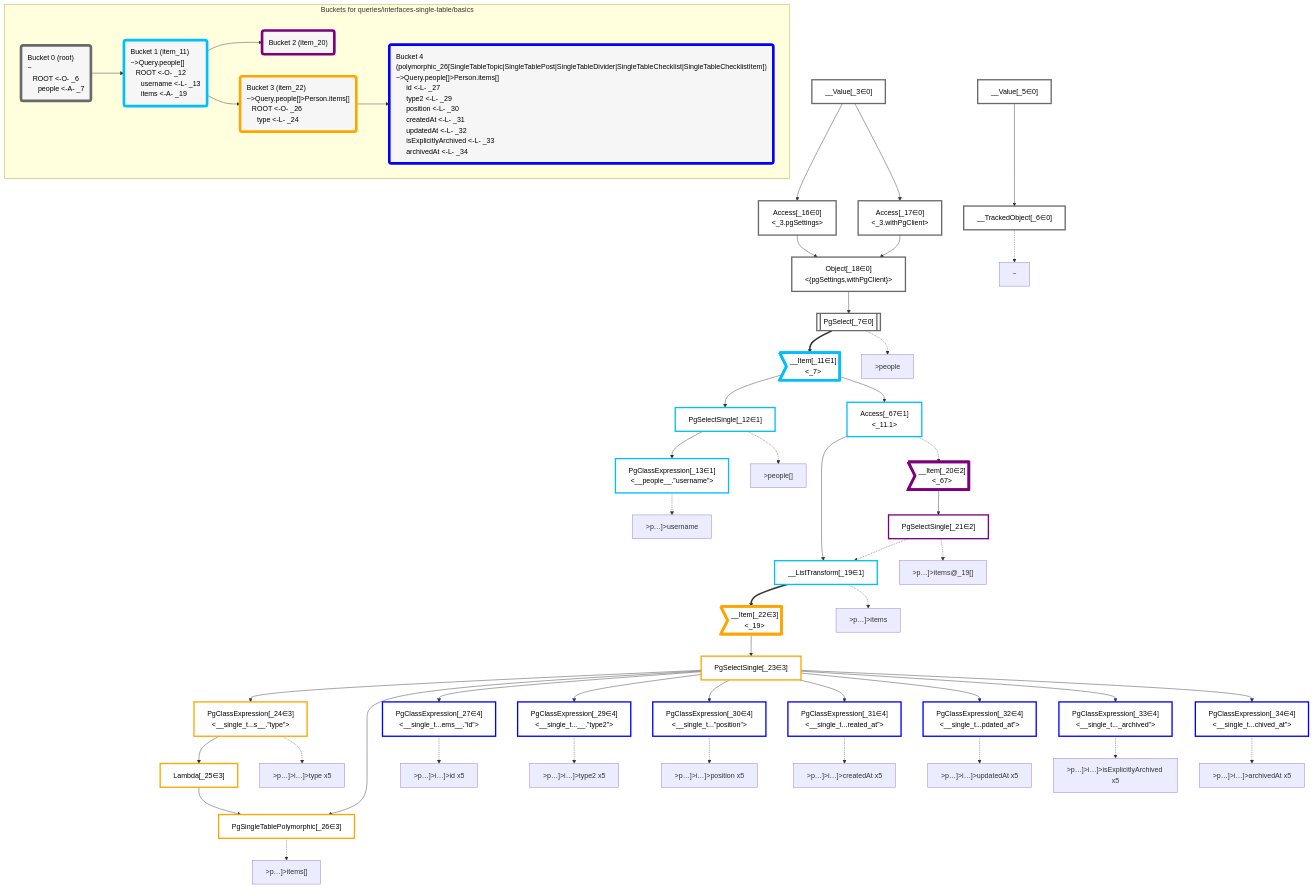
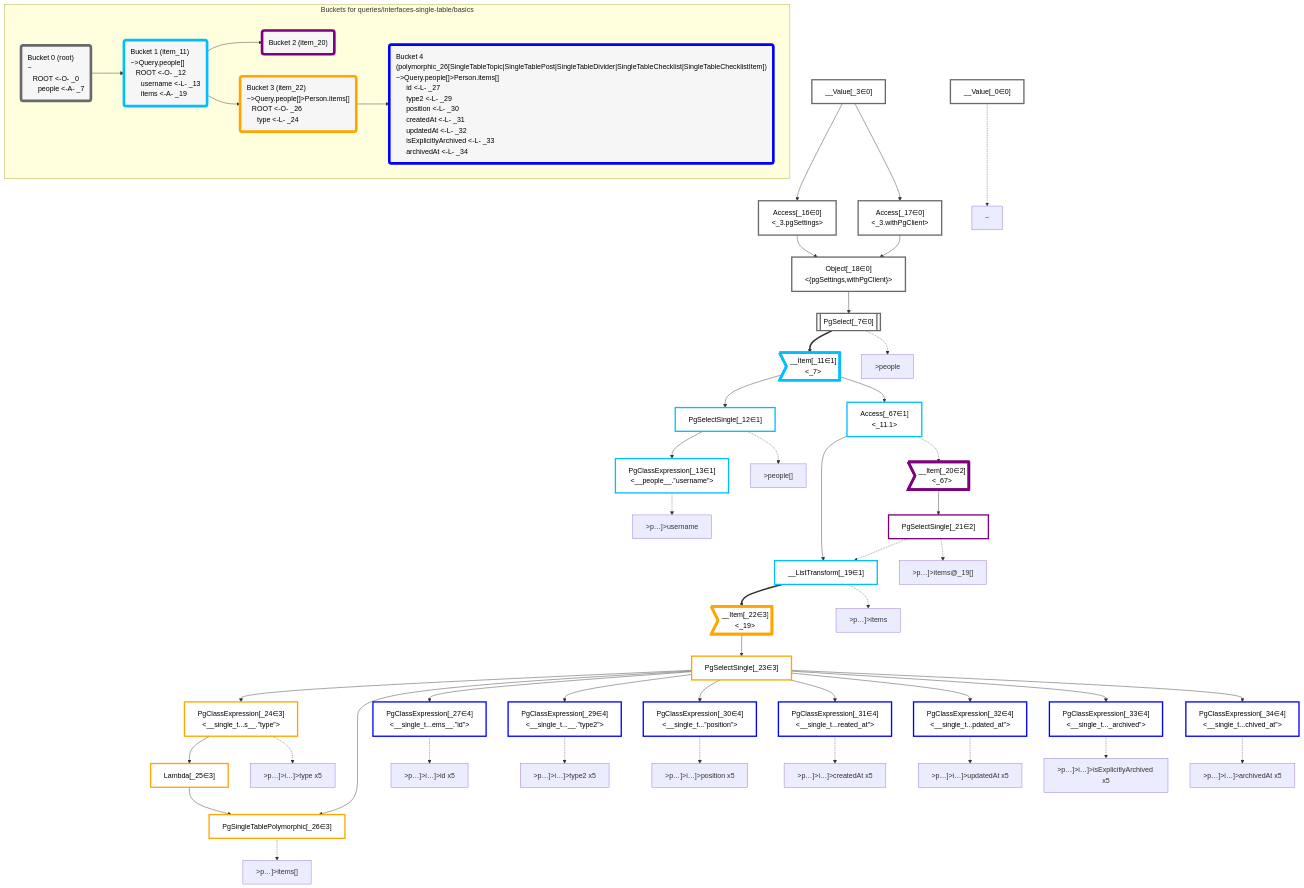
One commit to graphile/crystal changed the diagram in packages/dataplan-pg/__tests__/queries/interfaces-single-table/basics.mermaid.md. Above: the diagram before and after it, drawn with Mermaid. The commit also changed 193 other files, not shown here.

Commit message:
Update test plan snapshots with new root plan

```diff
--- a/packages/dataplan-pg/__tests__/queries/interfaces-single-table/basics.mermaid.md
+++ b/packages/dataplan-pg/__tests__/queries/interfaces-single-table/basics.mermaid.md
@@ -8,9 +8,8 @@
 
 
     %% define plans
+    __Value_0["__Value[_0∈0]"]:::plan
     __Value_3["__Value[_3∈0]<br /><context>"]:::plan
-    __Value_5["__Value[_5∈0]<br /><rootValue>"]:::plan
-    __TrackedObject_6["__TrackedObject[_6∈0]"]:::plan
     PgSelect_7[["PgSelect[_7∈0]<br /><people>"]]:::plan
     __Item_11>"__Item[_11∈1]<br /><_7>"]:::itemplan
     PgSelectSingle_12["PgSelectSingle[_12∈1]<br /><people>"]:::plan
@@ -36,7 +35,6 @@
     Access_67["Access[_67∈1]<br /><_11.1>"]:::plan
 
     %% plan dependencies
-    __Value_5 --> __TrackedObject_6
     Object_18 --> PgSelect_7
     PgSelect_7 ==> __Item_11
     __Item_11 --> PgSelectSingle_12
@@ -65,8 +63,8 @@
     __Item_11 --> Access_67
 
     %% plan-to-path relationships
-    P_6["~"]
-    __TrackedObject_6 -.-> P_6
+    P_0["~"]
+    __Value_0 -.-> P_0
     P_7[">people"]
     PgSelect_7 -.-> P_7
     P_12[">people[]"]
@@ -98,7 +96,7 @@
 
     %% allocate buckets
     classDef bucket0 stroke:#696969
-    class __Value_3,__Value_5,__TrackedObject_6,PgSelect_7,Access_16,Access_17,Object_18 bucket0
+    class __Value_0,__Value_3,PgSelect_7,Access_16,Access_17,Object_18 bucket0
     classDef bucket1 stroke:#00bfff
     class __Item_11,PgSelectSingle_12,PgClassExpression_13,__ListTransform_19,Access_67 bucket1
     classDef bucket2 stroke:#7f007f
@@ -109,7 +107,7 @@
     class PgClassExpression_27,PgClassExpression_29,PgClassExpression_30,PgClassExpression_31,PgClassExpression_32,PgClassExpression_33,PgClassExpression_34 bucket4
 
     subgraph "Buckets for queries/interfaces-single-table/basics"
-    Bucket0("Bucket 0 (root)<br />~<br />⠀ROOT <-O- _6<br />⠀⠀people <-A- _7"):::bucket
+    Bucket0("Bucket 0 (root)<br />~<br />⠀ROOT <-O- _0<br />⠀⠀people <-A- _7"):::bucket
     style Bucket0 stroke:#696969
     Bucket1("Bucket 1 (item_11)<br />~>Query.people[]<br />⠀ROOT <-O- _12<br />⠀⠀username <-L- _13<br />⠀⠀items <-A- _19"):::bucket
     style Bucket1 stroke:#00bfff
```
